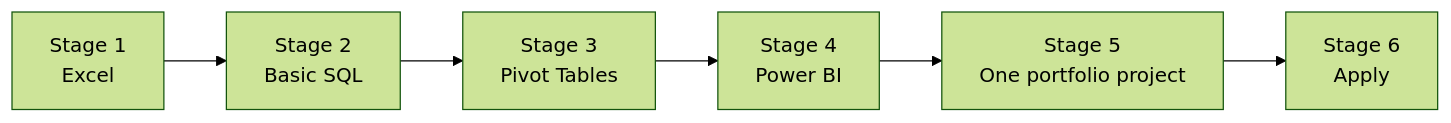
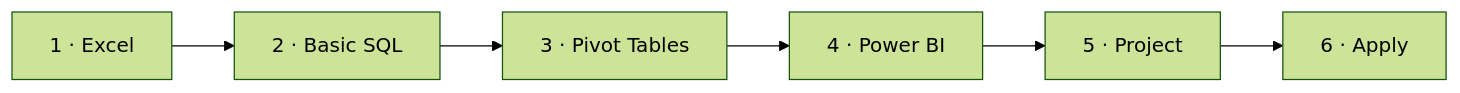
Before and after one commit to Stan-Wangg/data-analyst-roadmap: the diagram in README.md, drawn with Mermaid (forest theme). The commit also changed other lines of this file and 1 other file, not shown here.

First line of the commit message:
v1.1: all six stages in the README, fix diagram, line breaks and licence

````diff
--- a/README.md
+++ b/README.md
@@ -23,8 +39,5 @@
 ```mermaid
 flowchart LR
-    S1["Stage 1<br/>Excel"] --> S2["Stage 2<br/>Basic SQL"]
-    S2 --> S3["Stage 3<br/>Pivot Tables"]
-    S3 --> S4["Stage 4<br/>Power BI"]
-    S4 --> S5["Stage 5<br/>One portfolio project"]
-    S5 --> S6["Stage 6<br/>Apply"]
+    S1["1 · Excel"] --> S2["2 · Basic SQL"] --> S3["3 · Pivot Tables"]
+    S3 --> S4["4 · Power BI"] --> S5["5 · Project"] --> S6["6 · Apply"]
 ```
````
